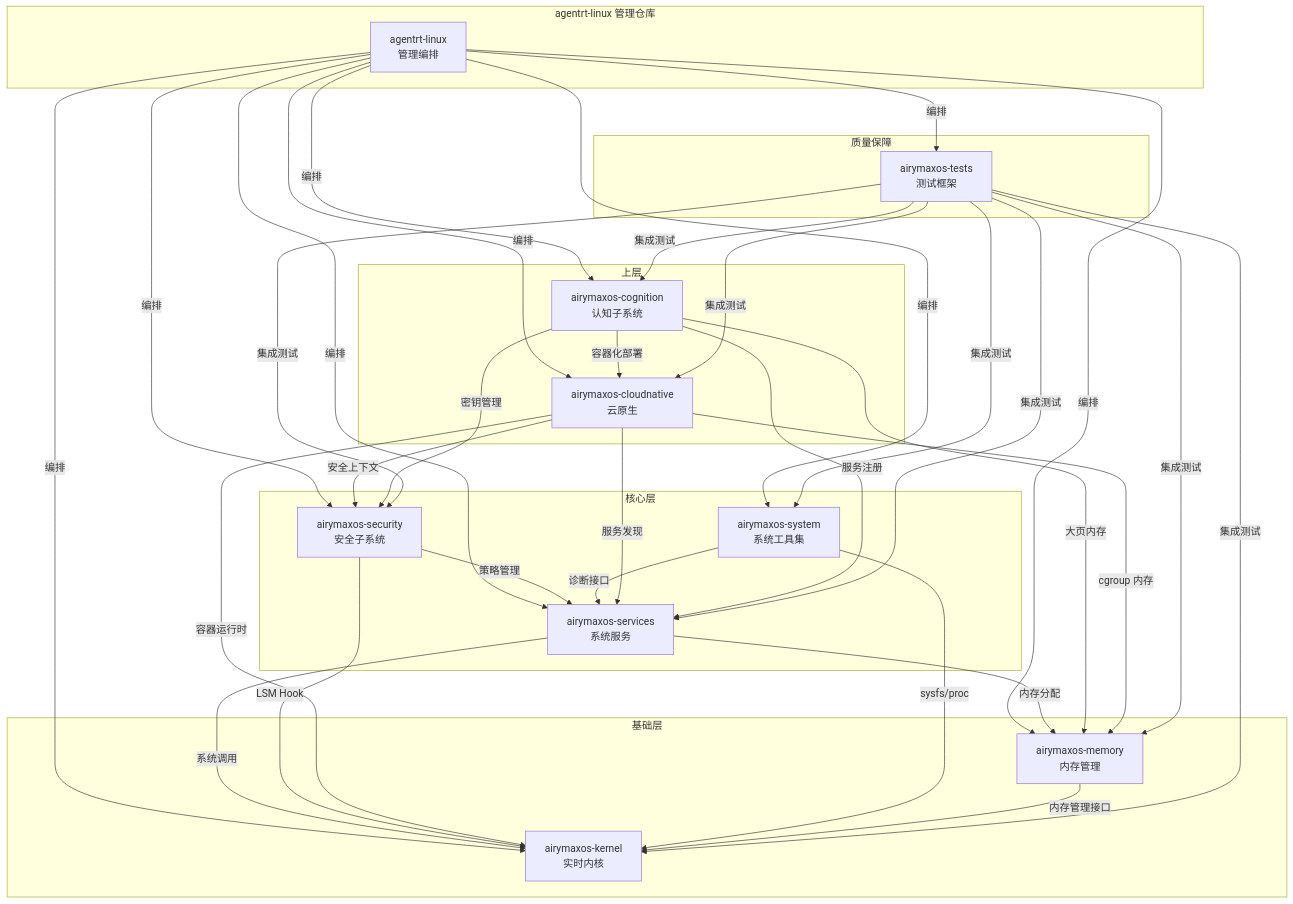
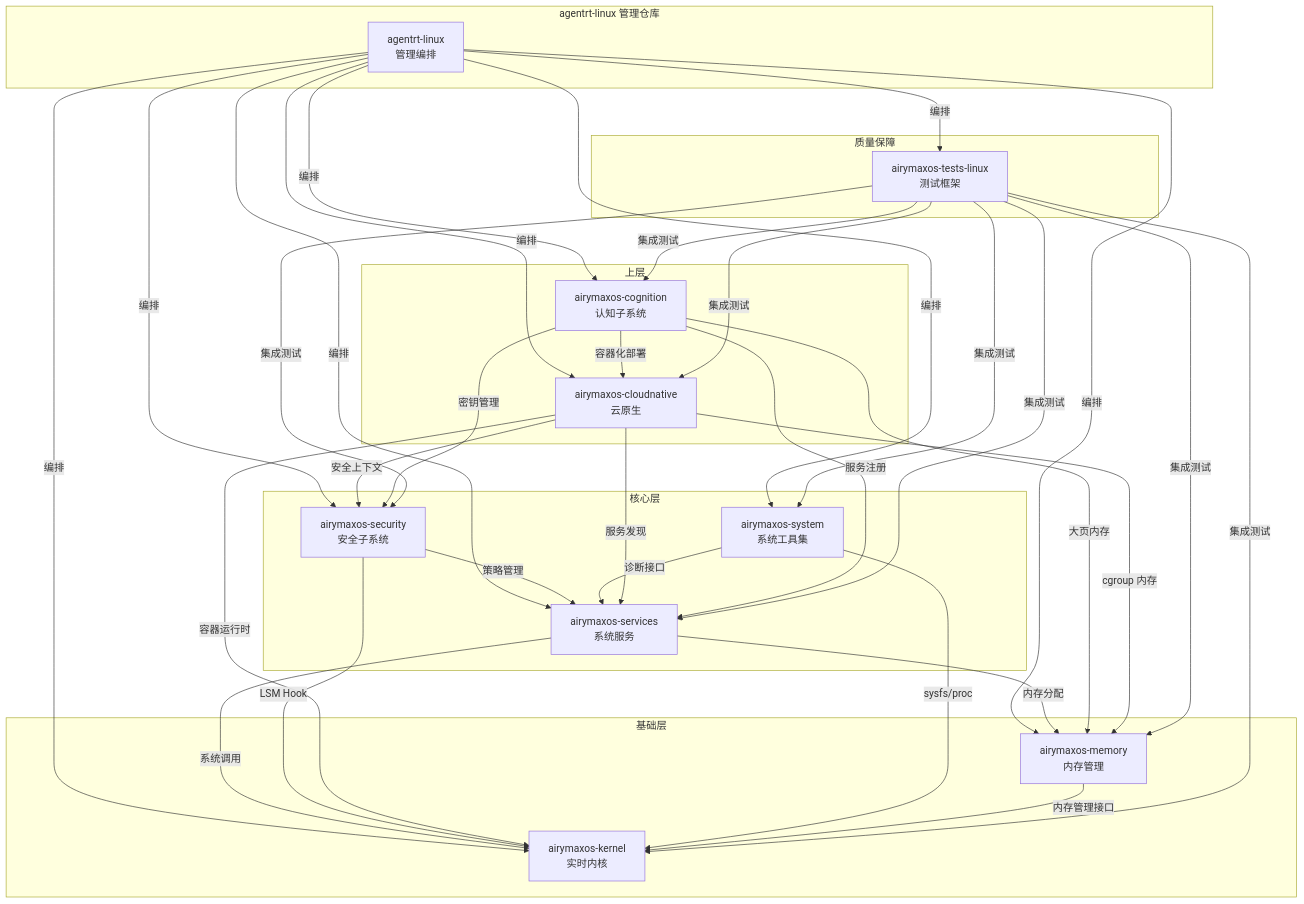
Before and after one commit to openairymax/docs: the first of 2 diagrams in AirymaxOS/50-engineering-standards/50-project-erp/resource_management_table.md, drawn with Mermaid. The commit also changed other lines of this file and 75 other files, not shown here.

````diff
--- a/AirymaxOS/50-engineering-standards/50-project-erp/resource_management_table.md
+++ b/AirymaxOS/50-engineering-standards/50-project-erp/resource_management_table.md
@@ -350,63 +350,63 @@
 ```mermaid
 graph TD
     subgraph agentrt-linux["agentrt-linux 管理仓库"]
         MGMT["agentrt-linux<br/>管理编排"]
     end
 
     subgraph Foundation["基础层"]
         KERNEL["airymaxos-kernel<br/>实时内核"]
         MEMORY["airymaxos-memory<br/>内存管理"]
     end
 
     subgraph Core["核心层"]
         SERVICES["airymaxos-services<br/>系统服务"]
         SECURITY["airymaxos-security<br/>安全子系统"]
         SYSTEM["airymaxos-system<br/>系统工具集"]
     end
 
     subgraph Upper["上层"]
         CLOUD["airymaxos-cloudnative<br/>云原生"]
         COG["airymaxos-cognition<br/>认知子系统"]
     end
 
     subgraph QA["质量保障"]
-        TESTS["airymaxos-tests<br/>测试框架"]
+        TESTS["airymaxos-tests-linux<br/>测试框架"]
     end
 
     MGMT -->|编排| KERNEL
     MGMT -->|编排| MEMORY
     MGMT -->|编排| SERVICES
     MGMT -->|编排| SECURITY
     MGMT -->|编排| SYSTEM
     MGMT -->|编排| CLOUD
     MGMT -->|编排| COG
     MGMT -->|编排| TESTS
 
     SERVICES -->|系统调用| KERNEL
     SECURITY -->|LSM Hook| KERNEL
     CLOUD -->|容器运行时| KERNEL
     SYSTEM -->|sysfs/proc| KERNEL
     MEMORY -->|内存管理接口| KERNEL
 
     SERVICES -->|内存分配| MEMORY
     COG -->|大页内存| MEMORY
     CLOUD -->|cgroup 内存| MEMORY
 
     SECURITY -->|策略管理| SERVICES
     SYSTEM -->|诊断接口| SERVICES
     CLOUD -->|服务发现| SERVICES
     COG -->|服务注册| SERVICES
 
     CLOUD -->|安全上下文| SECURITY
     COG -->|密钥管理| SECURITY
 
     COG -->|容器化部署| CLOUD
 
     TESTS -->|集成测试| KERNEL
     TESTS -->|集成测试| SERVICES
     TESTS -->|集成测试| SECURITY
     TESTS -->|集成测试| CLOUD
     TESTS -->|集成测试| COG
     TESTS -->|集成测试| SYSTEM
     TESTS -->|集成测试| MEMORY
 ```
````
